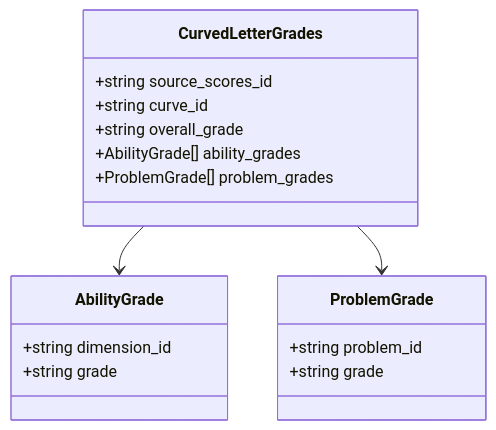
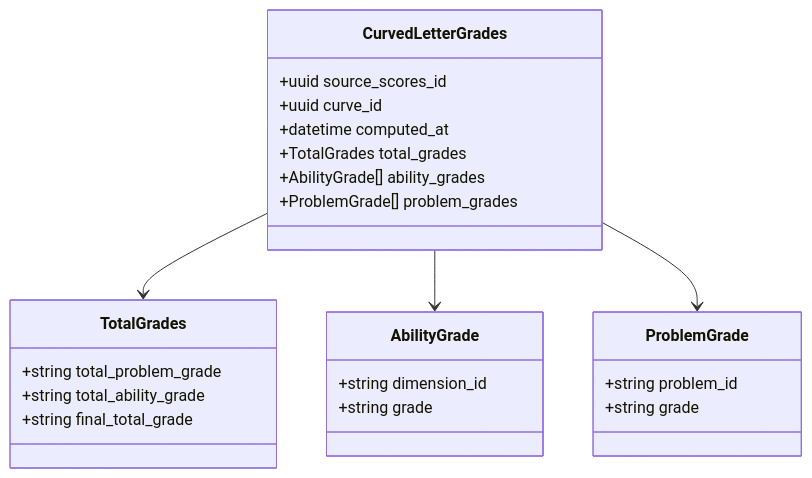
Before and after one commit to paideia-ai/tech-doc-axiia: the fifth of 7 diagrams in score-post-llm-pipeline/pipeline-design.md, drawn with Mermaid. The commit also changed other lines of this file and 3 other files, not shown here.

First line of the commit message:
Consolidate schemas and update docs per ip-02.md

````diff
--- a/score-post-llm-pipeline/pipeline-design.md
+++ b/score-post-llm-pipeline/pipeline-design.md
@@ -162,23 +166,31 @@
 ```mermaid
 classDiagram
     class CurvedLetterGrades {
-        +string source_scores_id
-        +string curve_id
-        +string overall_grade
+        +uuid source_scores_id
+        +uuid curve_id
+        +datetime computed_at
+        +TotalGrades total_grades
         +AbilityGrade[] ability_grades
         +ProblemGrade[] problem_grades
+    }
+
+    class TotalGrades {
+        +string total_problem_grade
+        +string total_ability_grade
+        +string final_total_grade
     }
 
     class AbilityGrade {
         +string dimension_id
         +string grade
     }
 
     class ProblemGrade {
         +string problem_id
         +string grade
     }
 
+    CurvedLetterGrades --> TotalGrades
     CurvedLetterGrades --> AbilityGrade
     CurvedLetterGrades --> ProblemGrade
 ```
````
